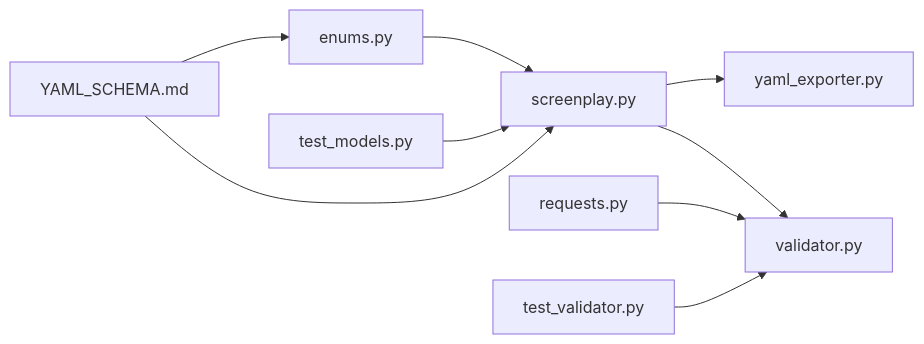
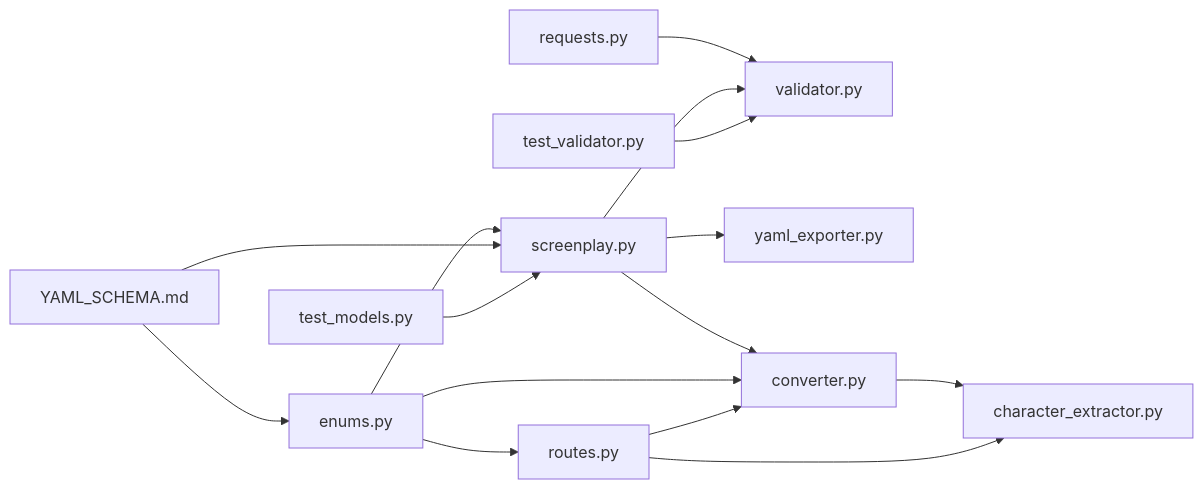
One commit to tjujingzong/Novel-to-Screenplay changed the third of 4 diagrams in .qoder/repowiki/zh/content/数据模型设计/数据模型设计.md. Above: the diagram before and after it, drawn with Mermaid. The commit also changed other lines of this file and 6 other files, not shown here.

````diff
--- a/.qoder/repowiki/zh/content/数据模型设计/数据模型设计.md
+++ b/.qoder/repowiki/zh/content/数据模型设计/数据模型设计.md
@@ -287,11 +353,17 @@
 ```mermaid
 graph LR
 E1["enums.py"] --> M1["screenplay.py"]
+E1 --> A1["routes.py"]
 R1["requests.py"] --> V1["validator.py"]
 M1 --> V1
 M1 --> Y1["yaml_exporter.py"]
+M1 --> C1["converter.py"]
+E1 --> C1
+C1 --> CE1["character_extractor.py"]
+A1 --> C1
+A1 --> CE1
 D1["YAML_SCHEMA.md"] --> M1
 D1 --> E1
 T1["test_models.py"] --> M1
 T2["test_validator.py"] --> V1
 ```
````
